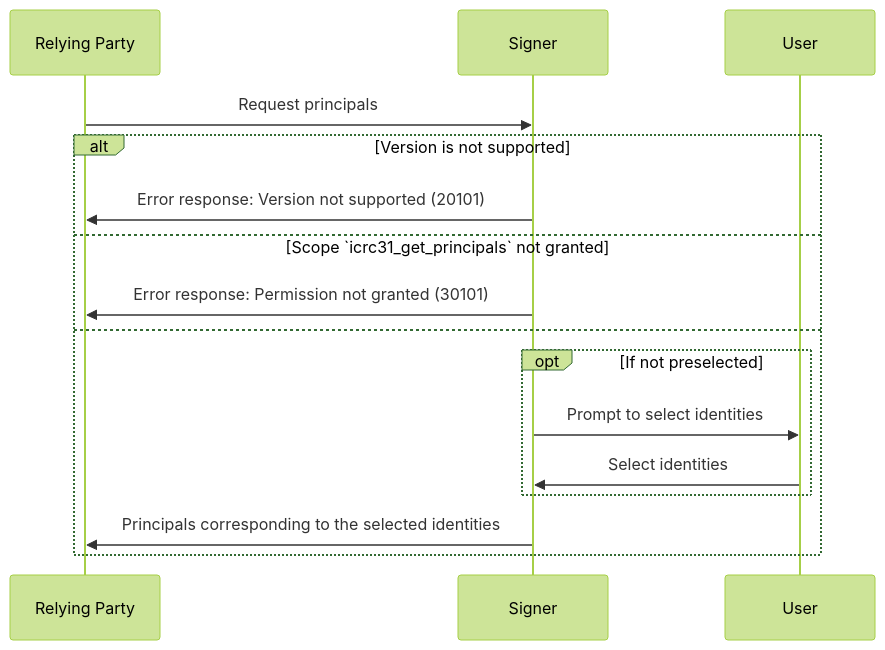
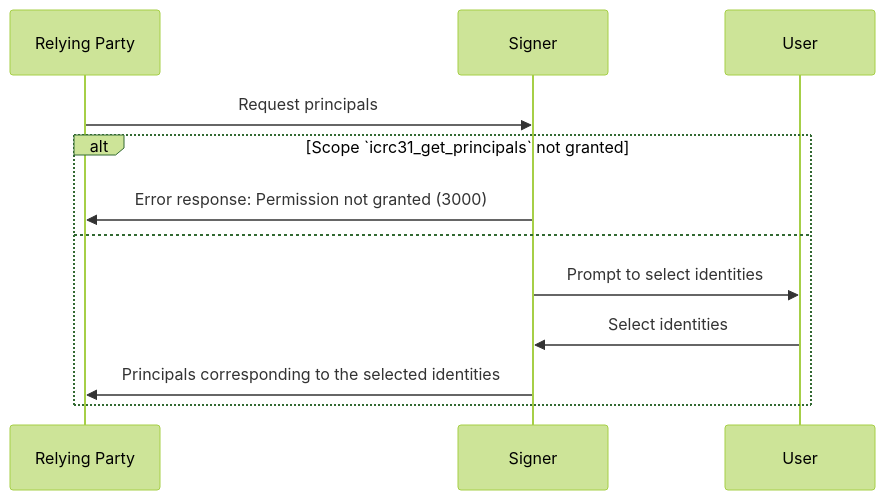
Before and after one commit to dfinity/wg-identity-authentication: the diagram in topics/icrc_31_get_principals.md, drawn with Mermaid (forest theme). The commit also changed other lines of this file, not shown here.

First line of the commit message:
ICRC-31: Drop version and specify user interaction

````diff
--- a/topics/icrc_31_get_principals.md
+++ b/topics/icrc_31_get_principals.md
@@ -105,19 +97,15 @@
 ```mermaid
 sequenceDiagram
     participant RP as Relying Party
     participant S as Signer
     participant U as User
 
     RP ->> S: Request principals
-    alt Version is not supported
-        S ->> RP: Error response: Version not supported (20101)
-    else Scope `icrc31_get_principals` not granted
-        S ->> RP: Error response: Permission not granted (30101)
+    alt Scope `icrc31_get_principals` not granted
+        S ->> RP: Error response: Permission not granted (3000)
     else
-        opt If not preselected
-            S ->> U: Prompt to select identities
-            U ->> S: Select identities
-        end
+        S ->> U: Prompt to select identities
+        U ->> S: Select identities
         S ->> RP: Principals corresponding to the selected identities
     end
 ```
````
